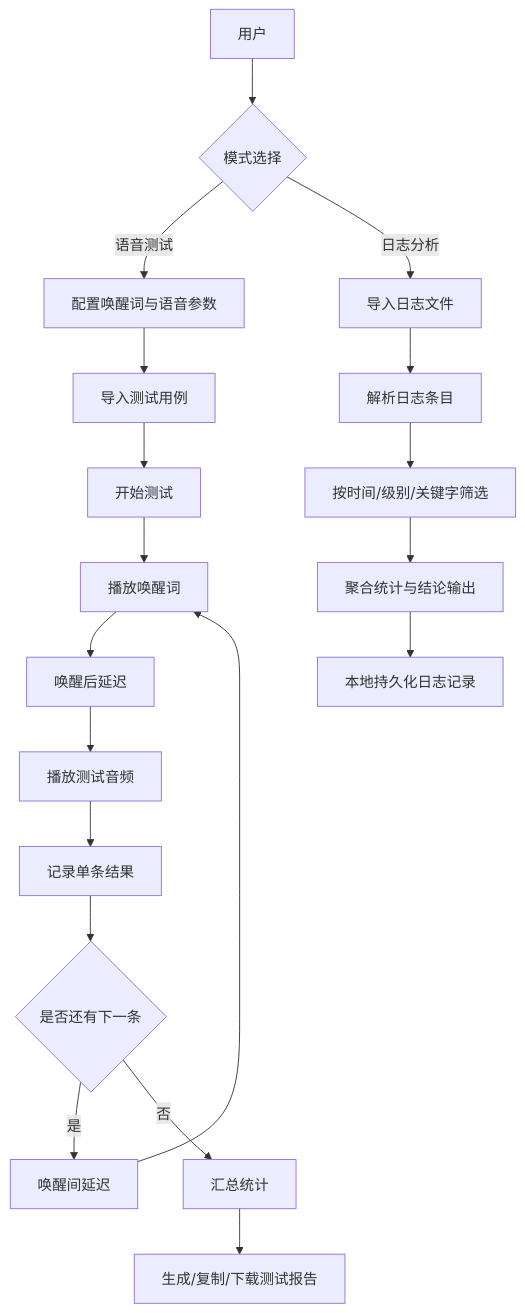
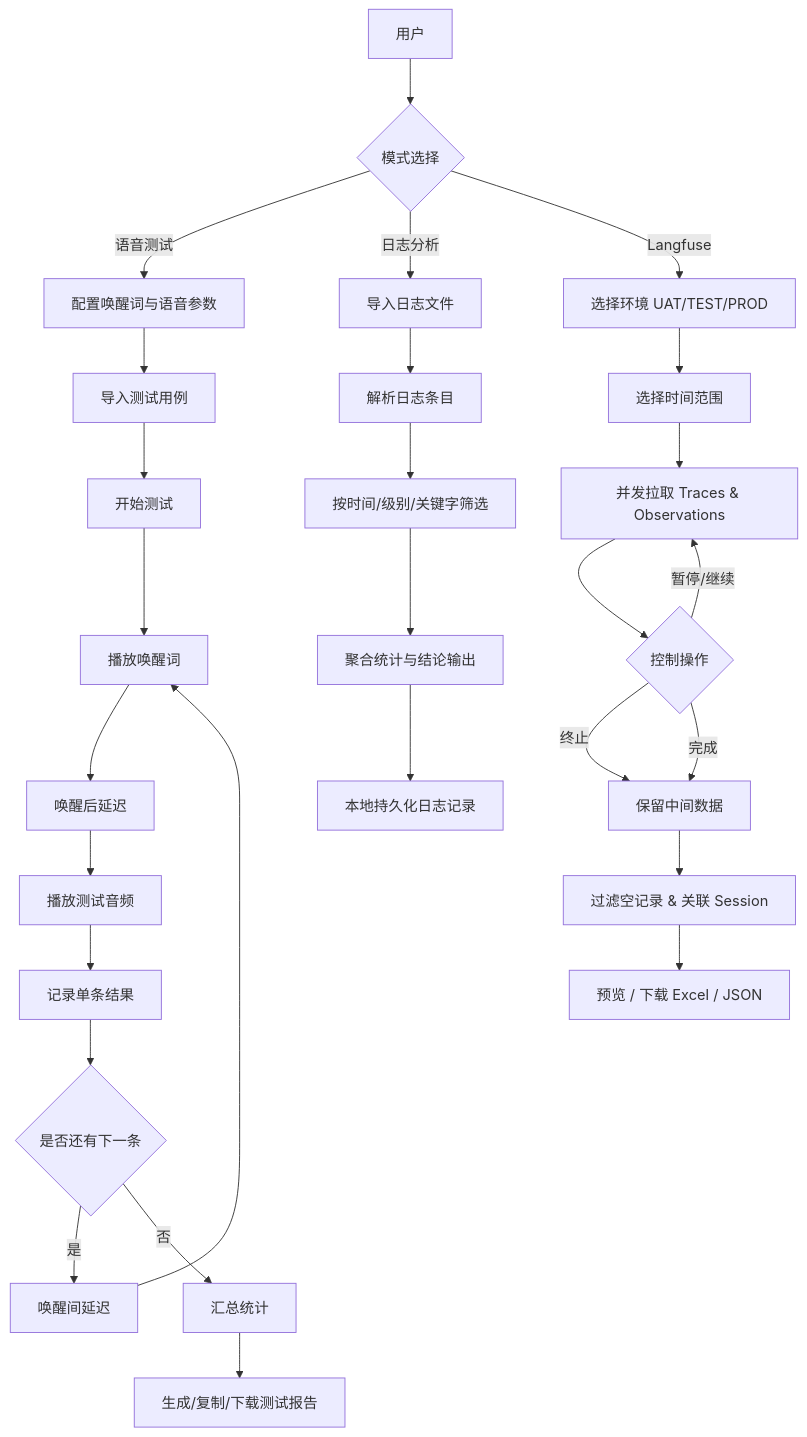
One commit to lilyluvchina-Work/VoiceAuto changed the diagram in docx/arch.md. Above: the diagram before and after it, drawn with Mermaid. The commit also changed other lines of this file and 30 other files, not shown here.

````diff
--- a/docx/arch.md
+++ b/docx/arch.md
@@ -94,23 +113,33 @@
 ```mermaid
 flowchart TD
   U[用户] --> M{模式选择}
 
   M -->|语音测试| V1[配置唤醒词与语音参数]
   V1 --> V2[导入测试用例]
   V2 --> V3[开始测试]
   V3 --> V4[播放唤醒词]
   V4 --> V5[唤醒后延迟]
   V5 --> V6[播放测试音频]
   V6 --> V7[记录单条结果]
   V7 --> V8{是否还有下一条}
   V8 -->|是| V9[唤醒间延迟]
   V9 --> V4
   V8 -->|否| V10[汇总统计]
   V10 --> V11[生成/复制/下载测试报告]
 
   M -->|日志分析| L1[导入日志文件]
   L1 --> L2[解析日志条目]
   L2 --> L3[按时间/级别/关键字筛选]
   L3 --> L4[聚合统计与结论输出]
   L4 --> L5[本地持久化日志记录]
+
+  M -->|Langfuse| F1[选择环境 UAT/TEST/PROD]
+  F1 --> F2[选择时间范围]
+  F2 --> F3[并发拉取 Traces & Observations]
+  F3 --> F4{控制操作}
+  F4 -->|暂停/继续| F3
+  F4 -->|终止| F5[保留中间数据]
+  F4 -->|完成| F5
+  F5 --> F6[过滤空记录 & 关联 Session]
+  F6 --> F7[预览 / 下载 Excel / JSON]
 ```
````
